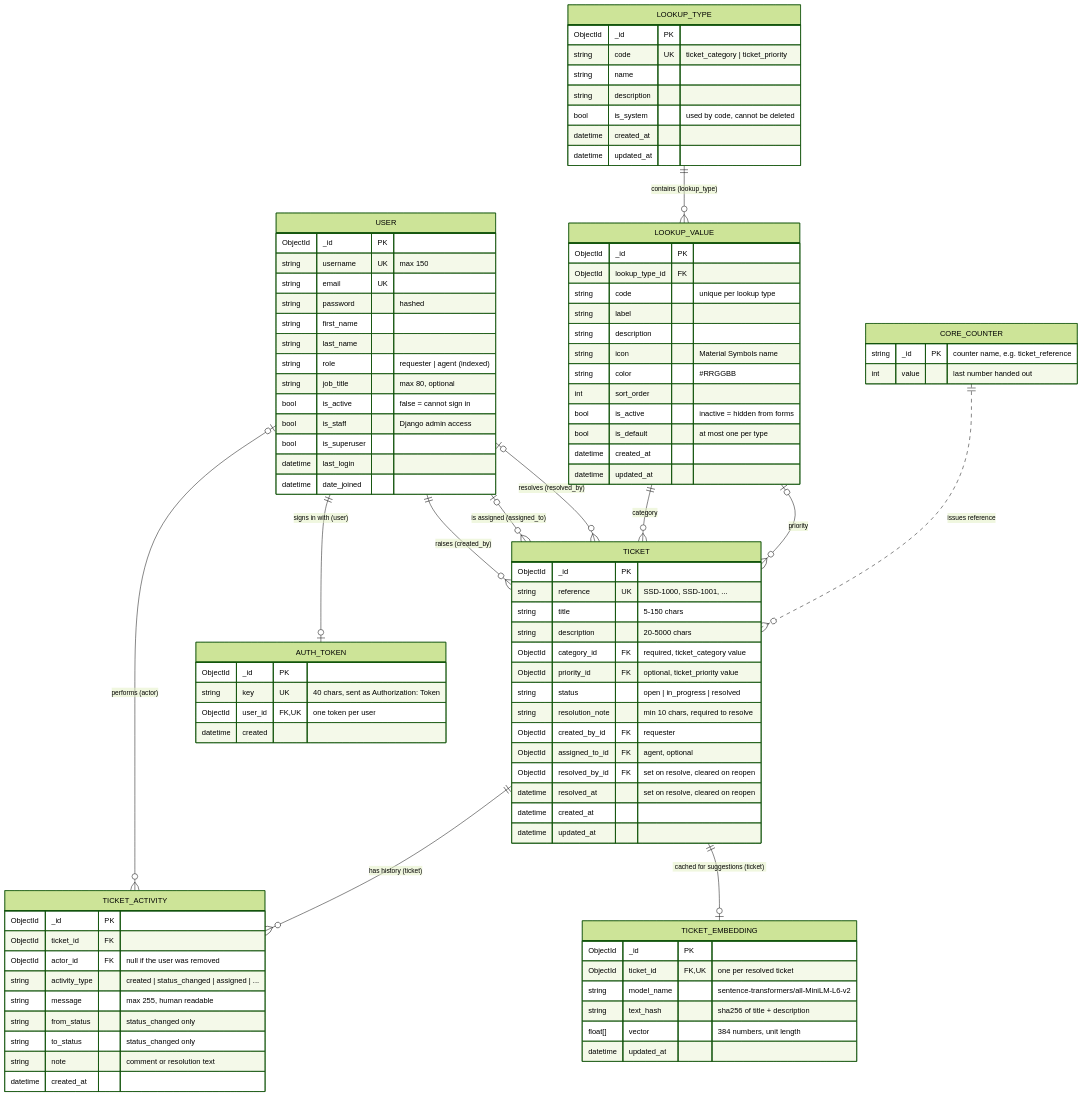
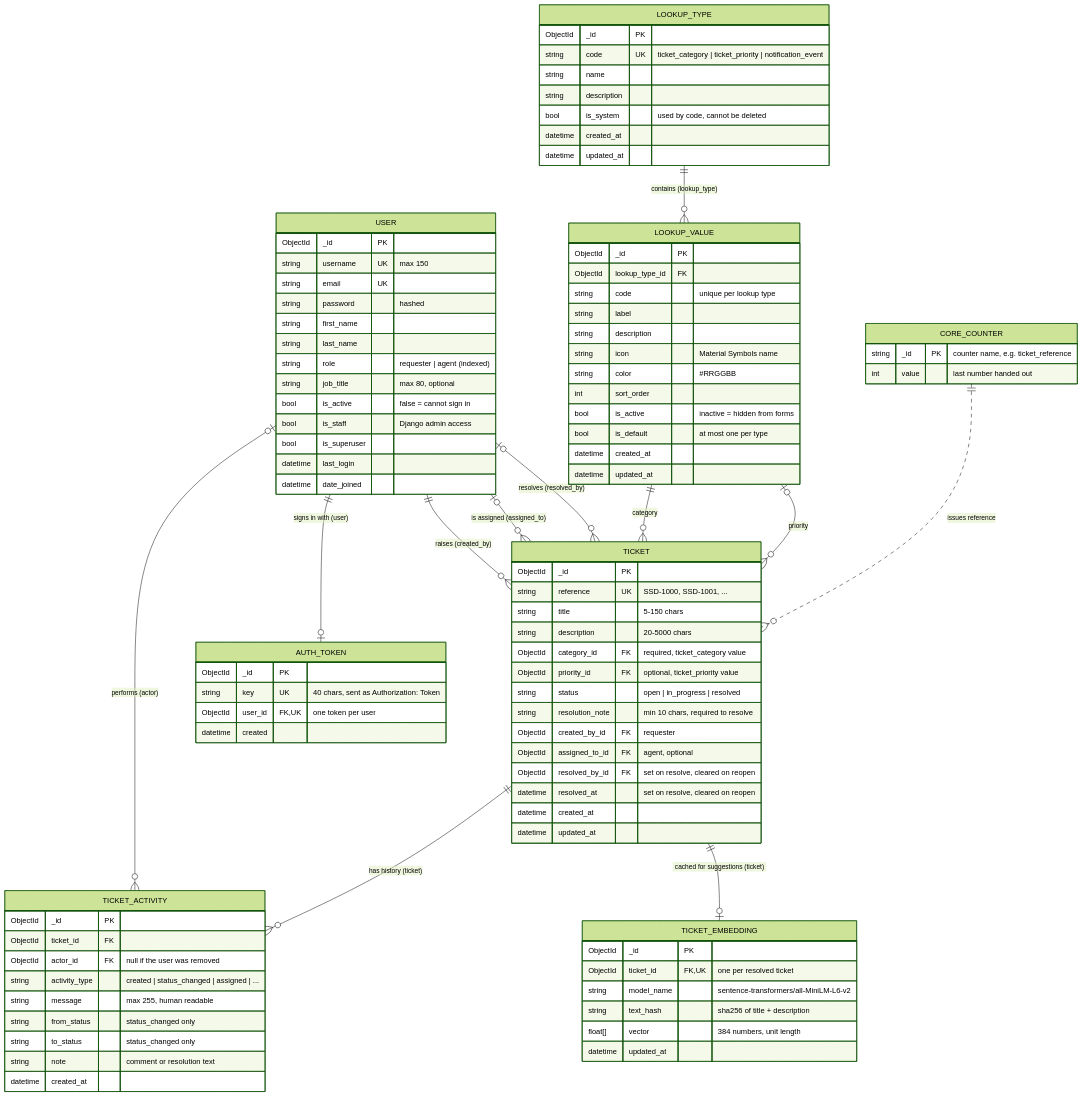
Before and after one commit to arunsanjeevms/Smart-Support-Desk: the second of 5 diagrams in docs/ER_DIAGRAMS.md, drawn with Mermaid (forest theme). The commit also changed other lines of this file and 7 other files, not shown here.

```diff
--- a/docs/ER_DIAGRAMS.md
+++ b/docs/ER_DIAGRAMS.md
@@ -148,7 +148,7 @@
     }
     LOOKUP_TYPE {
         ObjectId _id PK
-        string code UK "ticket_category | ticket_priority"
+        string code UK "ticket_category | ticket_priority | notification_event"
         string name
         string description
         bool is_system "used by code, cannot be deleted"
```
